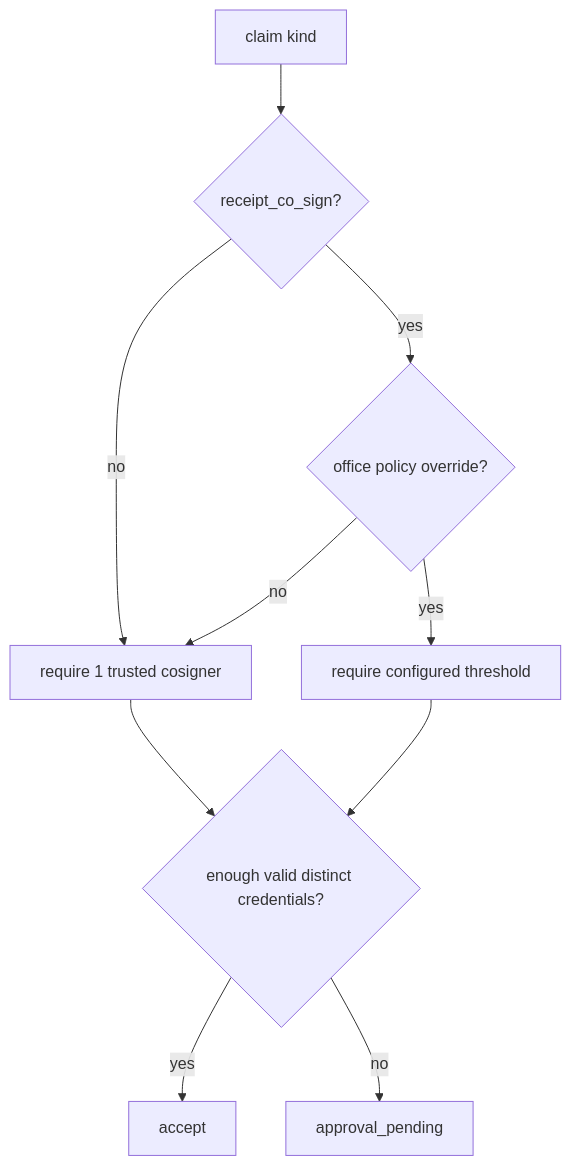
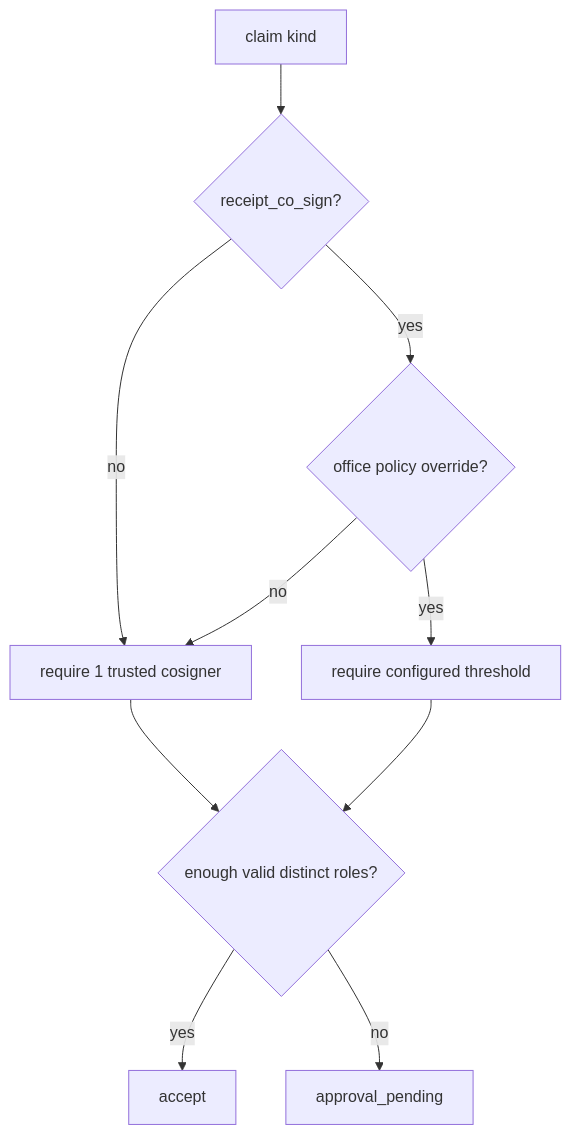
The first of 3 diagrams in docs/architecture/branch-12-webauthn-cosign.md (nex-crm/wuphf), drawn with Mermaid before and after one commit. The commit also changed other lines of this file and 24 other files, not shown here.

````diff
--- a/docs/architecture/branch-12-webauthn-cosign.md
+++ b/docs/architecture/branch-12-webauthn-cosign.md
@@ -73,12 +73,12 @@
 ```mermaid
 flowchart TD
   A[claim kind] --> B{receipt_co_sign?}
   B -- no --> C[require 1 trusted cosigner]
   B -- yes --> D{office policy override?}
   D -- no --> C
   D -- yes --> E[require configured threshold]
-  E --> F{enough valid distinct credentials?}
+  E --> F{enough valid distinct roles?}
   C --> F
   F -- yes --> G[accept]
   F -- no --> H[approval_pending]
 ```
````
